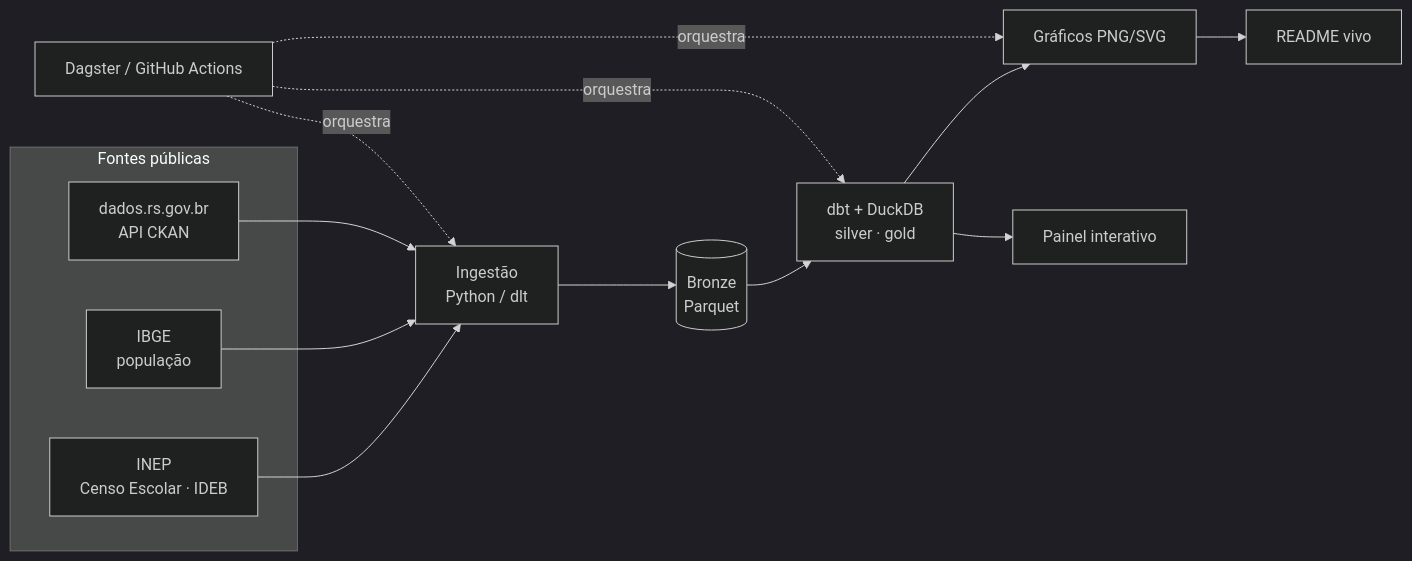
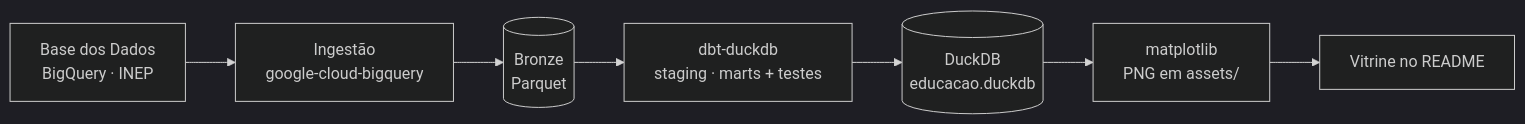
Before and after one commit to leonardo-michelotti/observatorio-educacao-rs: the diagram in README.md, drawn with Mermaid (dark theme). The commit also changed other lines of this file and 1 other file, not shown here.

First line of the commit message:
docs: vitrine no README com gráficos e notas de qualidade (M5–M6)

````diff
--- a/README.md
+++ b/README.md
@@ -33,15 +51,9 @@
 ```mermaid
 flowchart LR
-  subgraph Fontes["Fontes públicas"]
-    INEP[INEP<br/>Censo Escolar · IDEB]
-    IBGE[IBGE<br/>população]
-    RS[dados.rs.gov.br<br/>API CKAN]
-  end
-  INEP & IBGE & RS --> ING[Ingestão<br/>Python / dlt]
+  BQ[Base dos Dados<br/>BigQuery · INEP] --> ING[Ingestão<br/>google-cloud-bigquery]
   ING --> BRONZE[(Bronze<br/>Parquet)]
-  BRONZE --> DBT[dbt + DuckDB<br/>silver · gold]
-  DBT --> CHARTS[Gráficos PNG/SVG]
-  DBT --> PANEL[Painel interativo]
-  CHARTS --> README[README vivo]
-  DAG[Dagster / GitHub Actions] -.orquestra.-> ING & DBT & CHARTS
+  BRONZE --> DBT[dbt-duckdb<br/>staging · marts + testes]
+  DBT --> DUCK[(DuckDB<br/>educacao.duckdb)]
+  DUCK --> CHARTS[matplotlib<br/>PNG em assets/]
+  CHARTS --> README[Vitrine no README]
 ```
````
